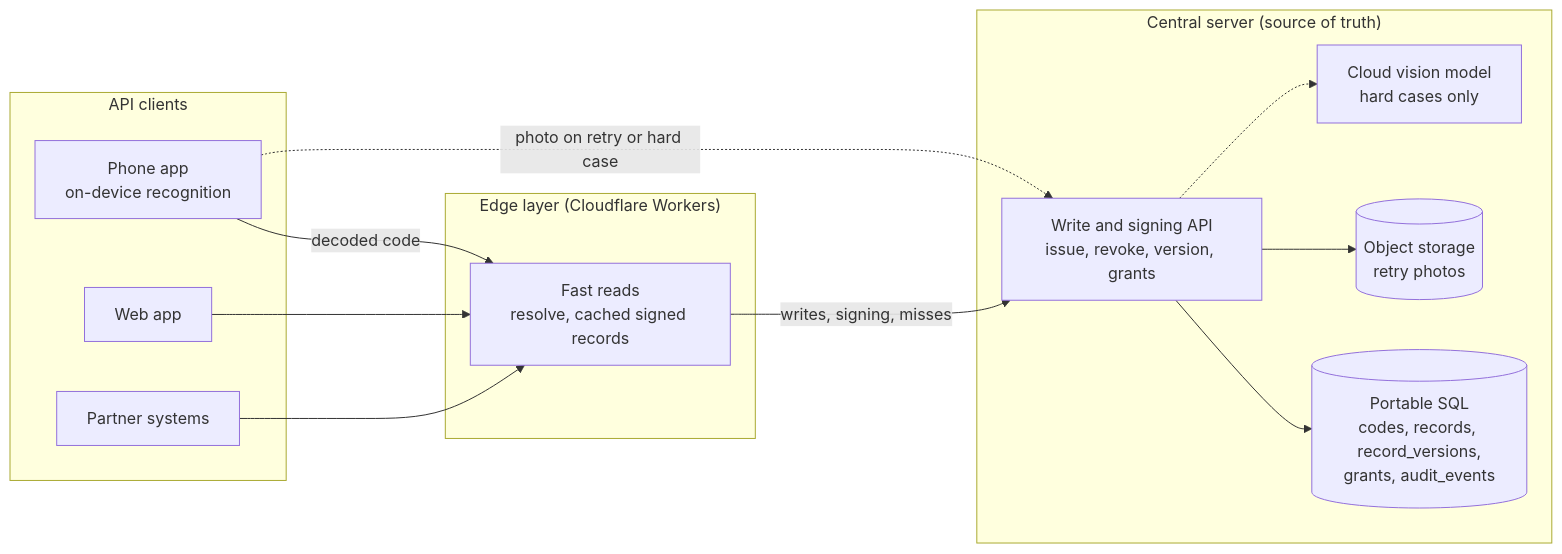
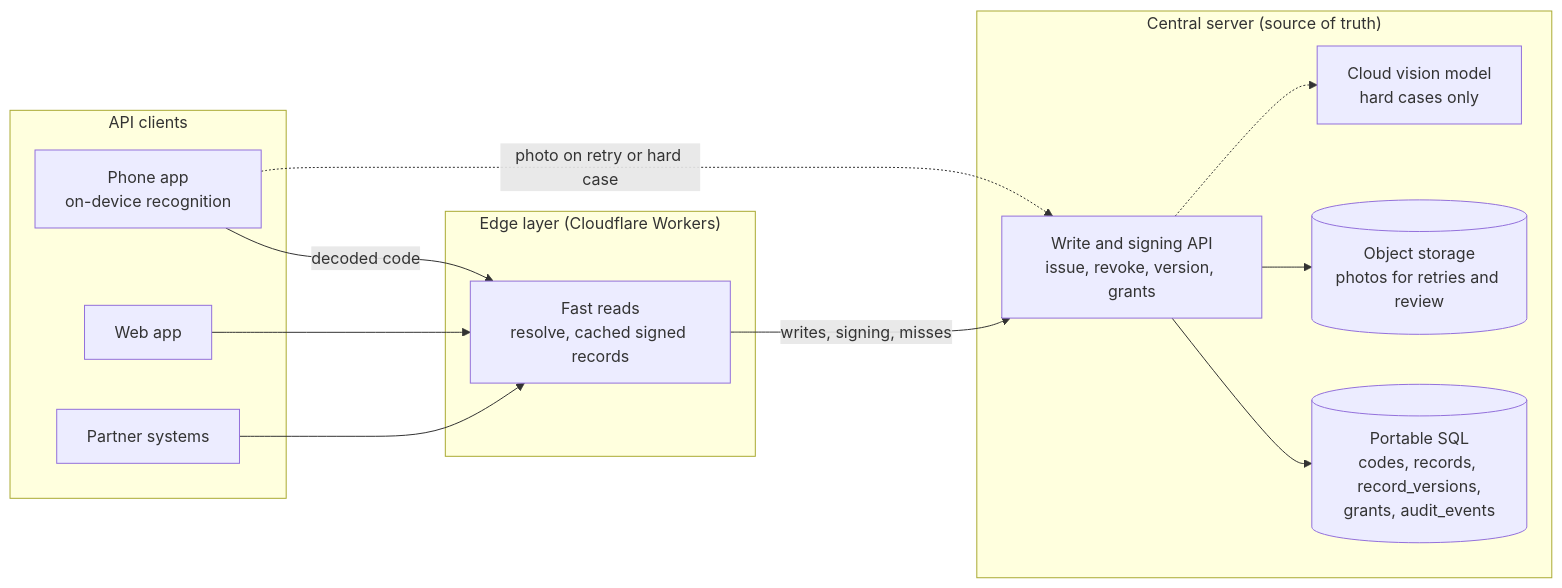
Before and after one commit to Zero-State-LLC/zzthis: the diagram in README.md, drawn with Mermaid. The commit also changed 14 other files, not shown here.

````diff
--- a/README.md
+++ b/README.md
@@ -140,25 +140,25 @@
 ```mermaid
 flowchart LR
   subgraph Clients["API clients"]
     Phone["Phone app<br/>on-device recognition"]
     Web["Web app"]
     Partner["Partner systems"]
   end
   subgraph Edge["Edge layer (Cloudflare Workers)"]
     Read["Fast reads<br/>resolve, cached signed records"]
   end
   subgraph Core["Central server (source of truth)"]
     API["Write and signing API<br/>issue, revoke, version, grants"]
     DB[("Portable SQL<br/>codes, records, record_versions,<br/>grants, audit_events")]
-    Blob[("Object storage<br/>retry photos")]
+    Blob[("Object storage<br/>photos for retries and review")]
     Vision["Cloud vision model<br/>hard cases only"]
   end
   Phone -->|"decoded code"| Read
   Web --> Read
   Partner --> Read
   Read -->|"writes, signing, misses"| API
   API --> DB
   API --> Blob
   Phone -.->|"photo on retry or hard case"| API
   API -.-> Vision
 ```
````
